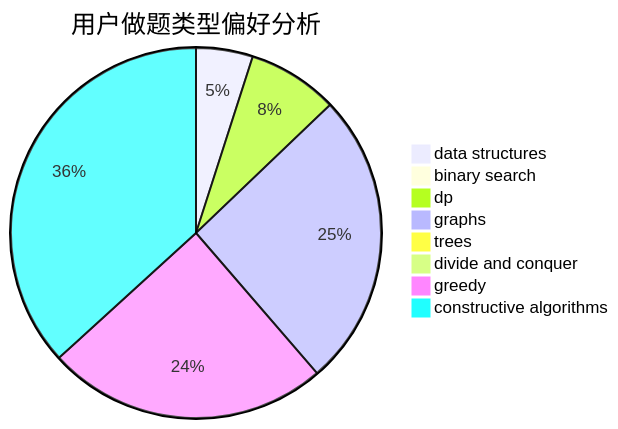
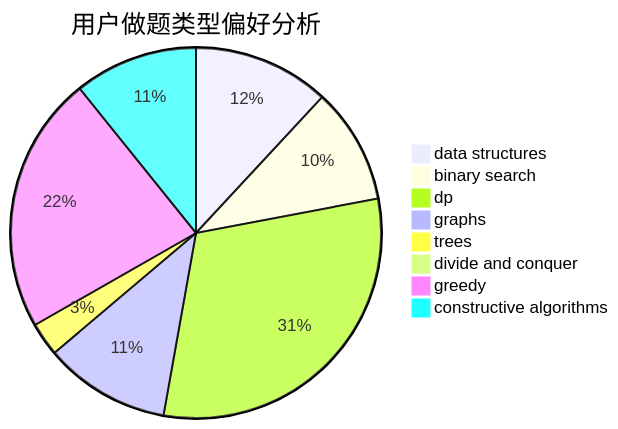
One commit to sherpahu/cfrs.github.io changed the second of 3 diagrams in docs/user/u754.md. Above: the diagram before and after it, drawn with Mermaid. The commit also changed other lines of this file and 2770 other files, not shown here.

````diff
--- a/docs/user/u754.md
+++ b/docs/user/u754.md
@@ -23,11 +23,11 @@
 ```mermaid
 pie title 用户做题类型偏好分析
-    "data structures" :  52
-    "binary search" :  1
-    "dp" :  83
-    "graphs" :  271
-    "trees" :  8
-    "divide and conquer" :  5
-    "greedy" :  258
-    "constructive algorithms" :  386
+    "data structures" :  53
+    "binary search" :  45
+    "dp" :  137
+    "graphs" :  49
+    "trees" :  13
+    "divide and conquer" :  4
+    "greedy" :  100
+    "constructive algorithms" :  48
 ```
````
